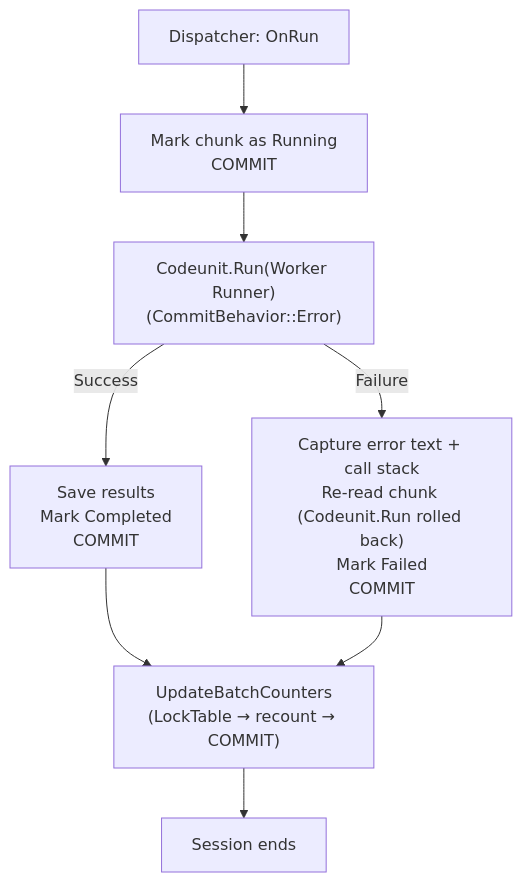
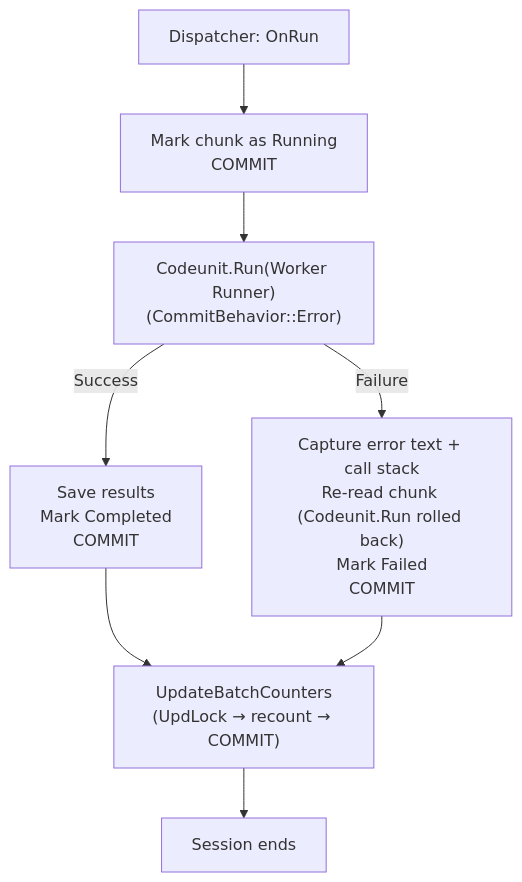
The third of 3 diagrams in README.md (Drakonian/parallel-worker-bc), drawn with Mermaid before and after one commit. The commit also changed other lines of this file, not shown here.

````diff
--- a/README.md
+++ b/README.md
@@ -382,10 +382,10 @@
 ```mermaid
 flowchart TD
     Start["Dispatcher: OnRun"] --> Claim["Mark chunk as Running<br/>COMMIT"]
     Claim --> Try["Codeunit.Run(Worker Runner)<br/>(CommitBehavior::Error)"]
     Try -->|Success| Save["Save results<br/>Mark Completed<br/>COMMIT"]
     Try -->|Failure| Capture["Capture error text + call stack<br/>Re-read chunk (Codeunit.Run rolled back)<br/>Mark Failed<br/>COMMIT"]
-    Save --> Update["UpdateBatchCounters<br/>(LockTable → recount → COMMIT)"]
+    Save --> Update["UpdateBatchCounters<br/>(UpdLock → recount → COMMIT)"]
     Capture --> Update
     Update --> Done["Session ends"]
 ```
````
